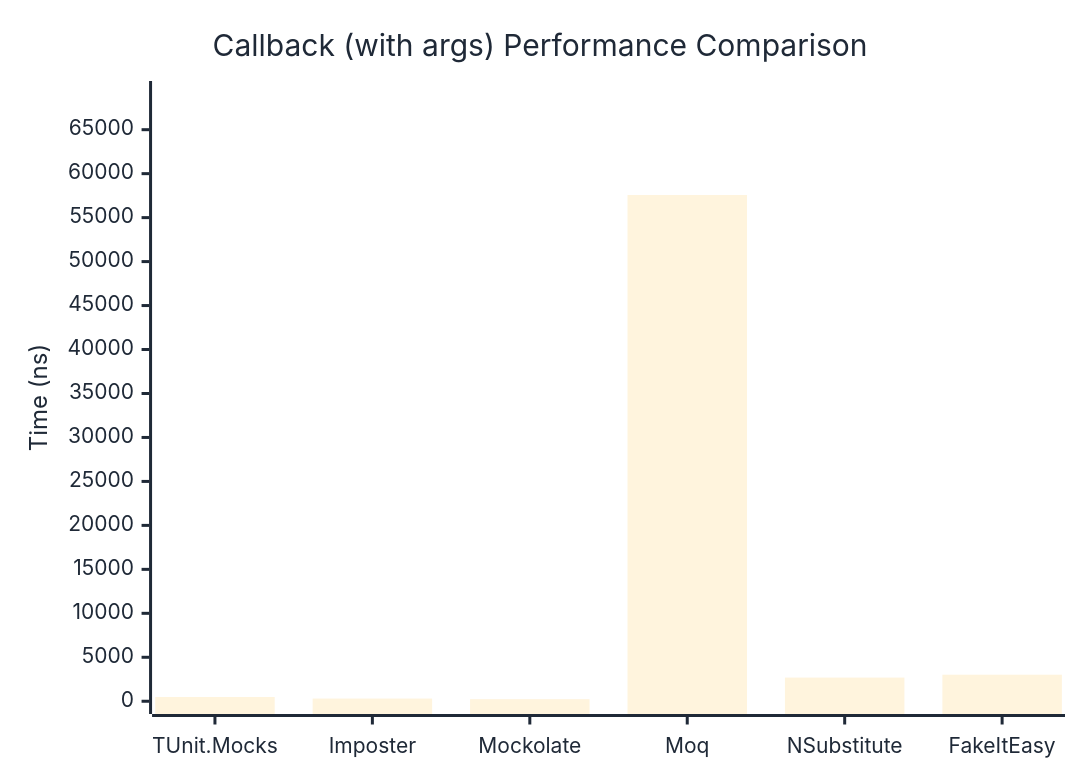
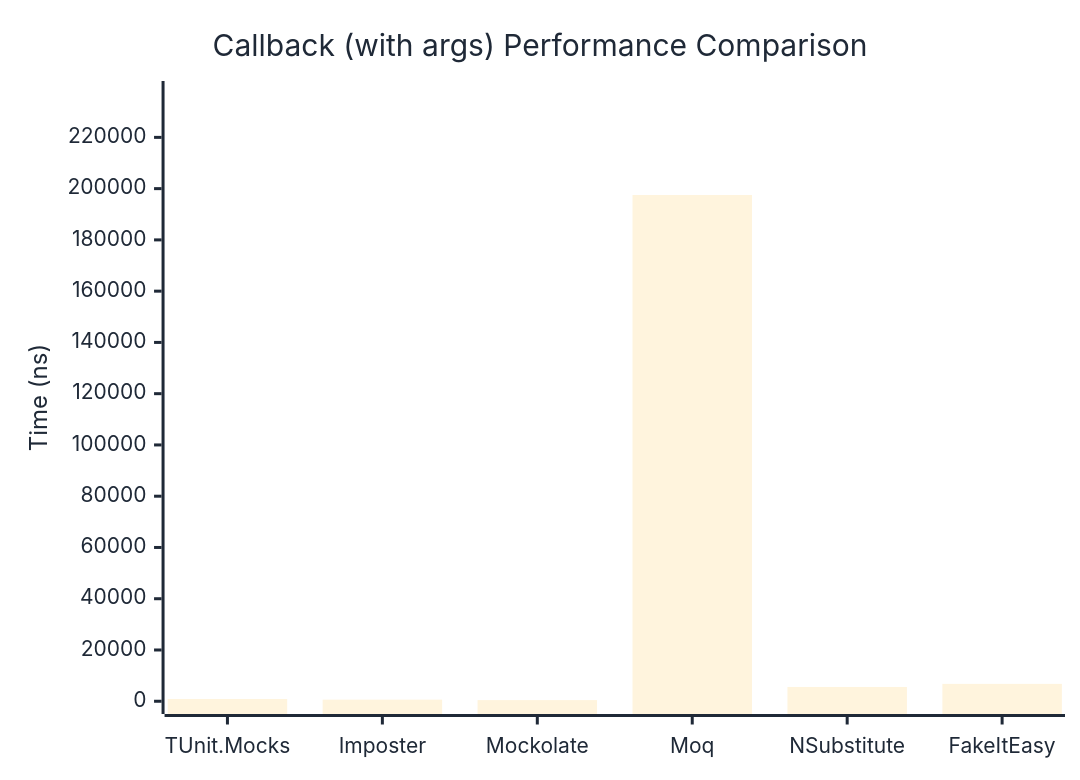
One commit to thomhurst/TUnit changed the second of 2 diagrams in docs/docs/benchmarks/mocks/Callback.md. Above: the diagram before and after it, drawn with Mermaid. The commit also changed other lines of this file and 14 other files, not shown here.

````diff
--- a/docs/docs/benchmarks/mocks/Callback.md
+++ b/docs/docs/benchmarks/mocks/Callback.md
@@ -71,27 +71,27 @@
 ```mermaid
 %%{init: {
   'theme':'base',
   'themeVariables': {
     'primaryColor': '#2563eb',
     'primaryTextColor': '#1f2937',
     'primaryBorderColor': '#1e40af',
     'lineColor': '#6b7280',
     'secondaryColor': '#7c3aed',
     'tertiaryColor': '#dc2626',
     'background': '#ffffff',
     'pie1': '#2563eb',
     'pie2': '#7c3aed',
     'pie3': '#dc2626',
     'pie4': '#f59e0b',
     'pie5': '#10b981',
     'pie6': '#06b6d4',
     'pie7': '#ec4899',
     'pie8': '#6366f1'
   }
 }}%%
 xychart-beta
   title "Callback (with args) Performance Comparison"
   x-axis ["TUnit.Mocks", "Imposter", "Mockolate", "Moq", "NSubstitute", "FakeItEasy"]
-  y-axis "Time (ns)" 0 --> 69087
-  bar [480.8, 307.1, 237.3, 57572, 2691.8, 3019.3]
+  y-axis "Time (ns)" 0 --> 237019
+  bar [875.3, 624.8, 443.8, 197515.8, 5571, 6783.1]
 ```
````
